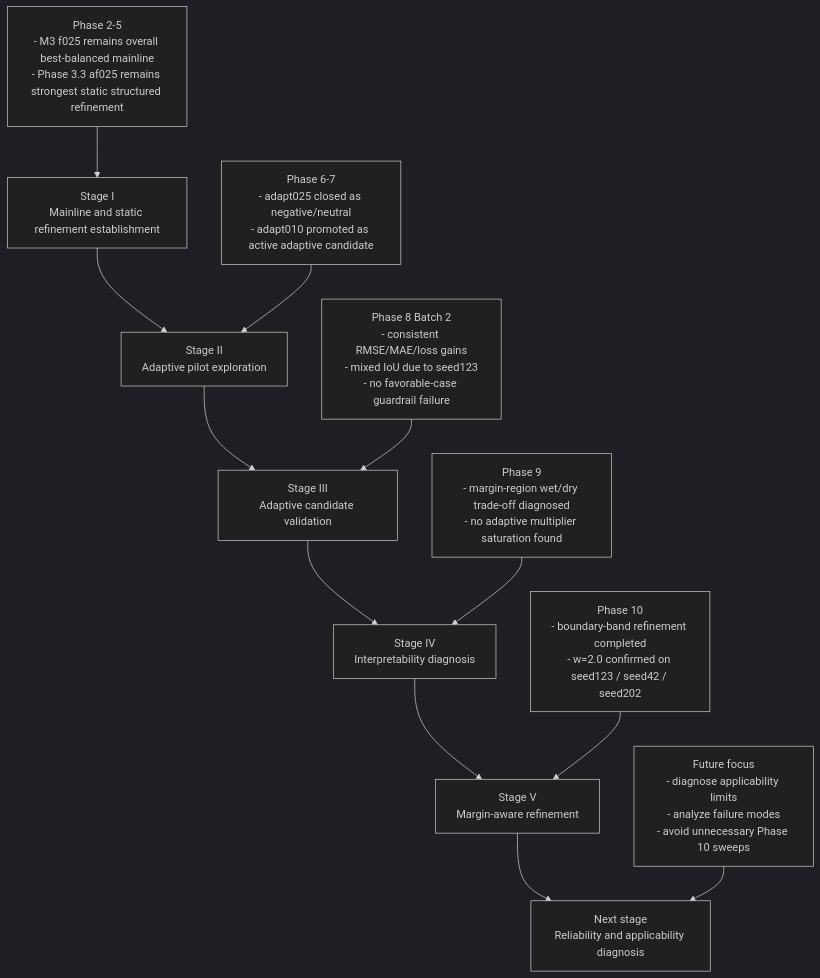
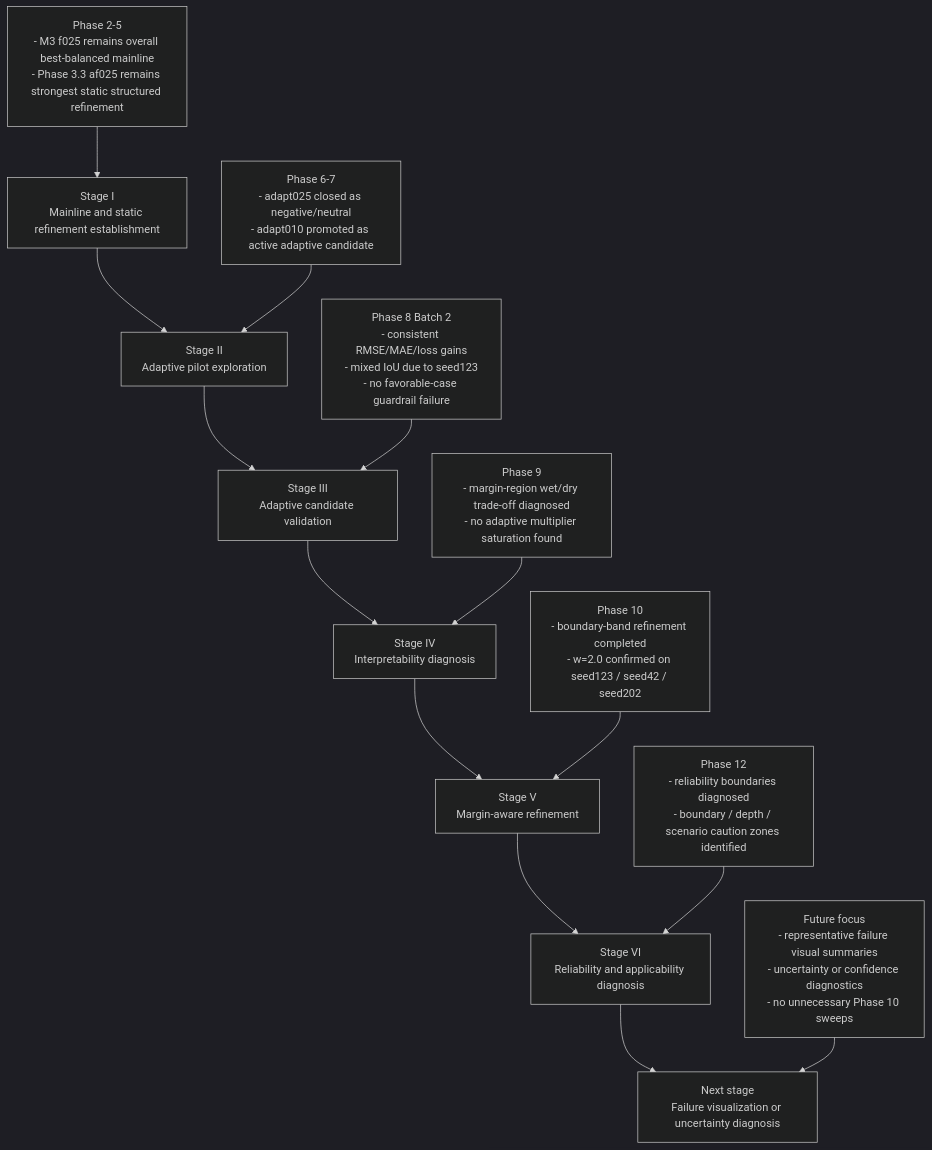
Before and after one commit to HolyLin990604/physics-guided-urban-flood-prediction: the third of 3 diagrams in README.md, drawn with Mermaid (dark theme). The commit also changed other lines of this file and 2 other files, not shown here.

Commit message:
docs: sync phase12 reliability status

````diff
--- a/README.md
+++ b/README.md
@@ -149,15 +155,17 @@
 ```mermaid
 flowchart TD
     A[Stage I<br/>Mainline and static refinement establishment] --> B[Stage II<br/>Adaptive pilot exploration]
     B --> C[Stage III<br/>Adaptive candidate validation]
     C --> D[Stage IV<br/>Interpretability diagnosis]
     D --> E[Stage V<br/>Margin-aware refinement]
-    E --> F[Next stage<br/>Reliability and applicability diagnosis]
+    E --> F[Stage VI<br/>Reliability and applicability diagnosis]
+    F --> G[Next stage<br/>Failure visualization or uncertainty diagnosis]
 
     A1[Phase 2-5<br/>- M3 f025 remains overall best-balanced mainline<br/>- Phase 3.3 af025 remains strongest static structured refinement] --> A
     B1[Phase 6-7<br/>- adapt025 closed as negative/neutral<br/>- adapt010 promoted as active adaptive candidate] --> B
     C1[Phase 8 Batch 2<br/>- consistent RMSE/MAE/loss gains<br/>- mixed IoU due to seed123<br/>- no favorable-case guardrail failure] --> C
     D1[Phase 9<br/>- margin-region wet/dry trade-off diagnosed<br/>- no adaptive multiplier saturation found] --> D
     E1[Phase 10<br/>- boundary-band refinement completed<br/>- w=2.0 confirmed on seed123 / seed42 / seed202] --> E
-    F1[Future focus<br/>- diagnose applicability limits<br/>- analyze failure modes<br/>- avoid unnecessary Phase 10 sweeps] --> F
+    F1[Phase 12<br/>- reliability boundaries diagnosed<br/>- boundary / depth / scenario caution zones identified] --> F
+    G1[Future focus<br/>- representative failure visual summaries<br/>- uncertainty or confidence diagnostics<br/>- no unnecessary Phase 10 sweeps] --> G
 ```
````
